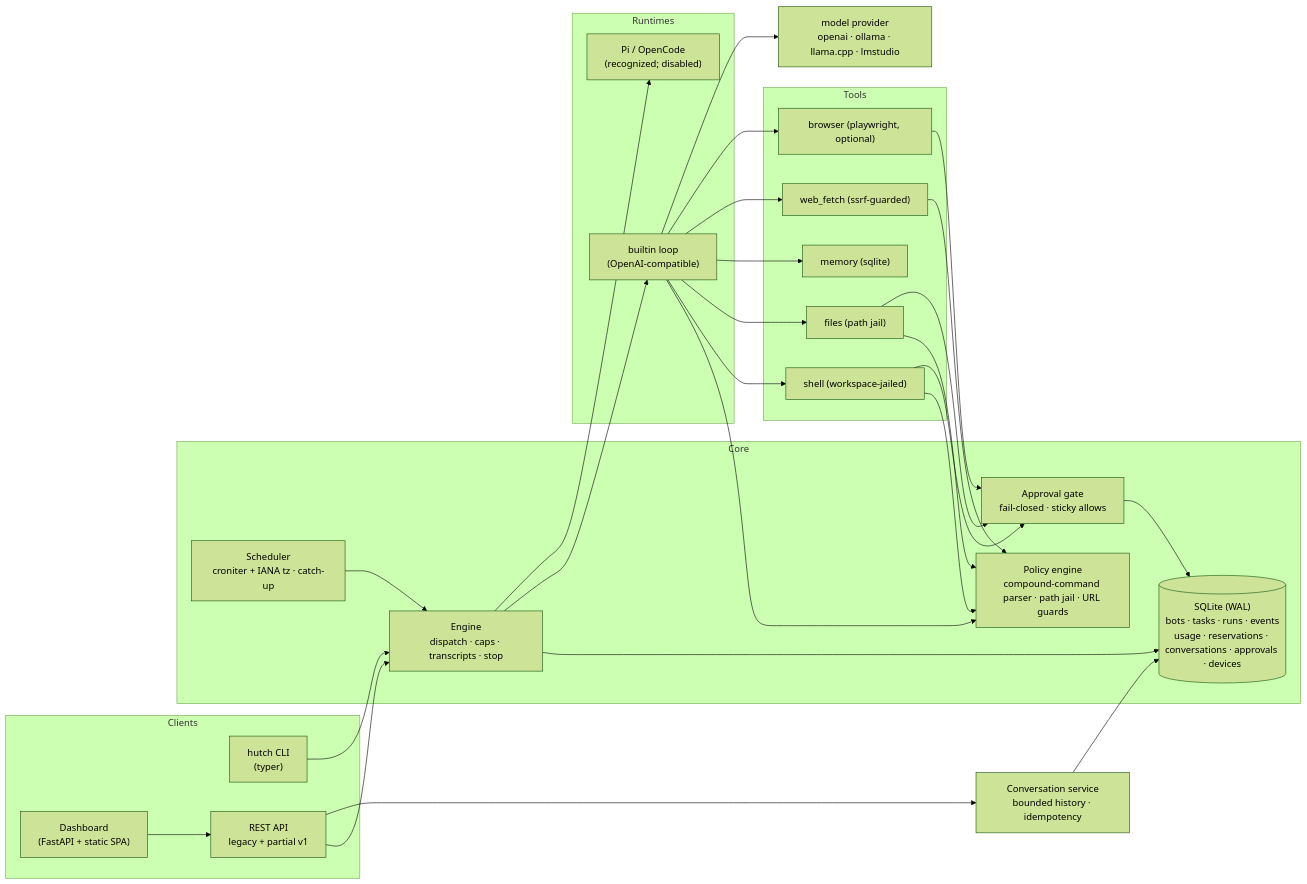
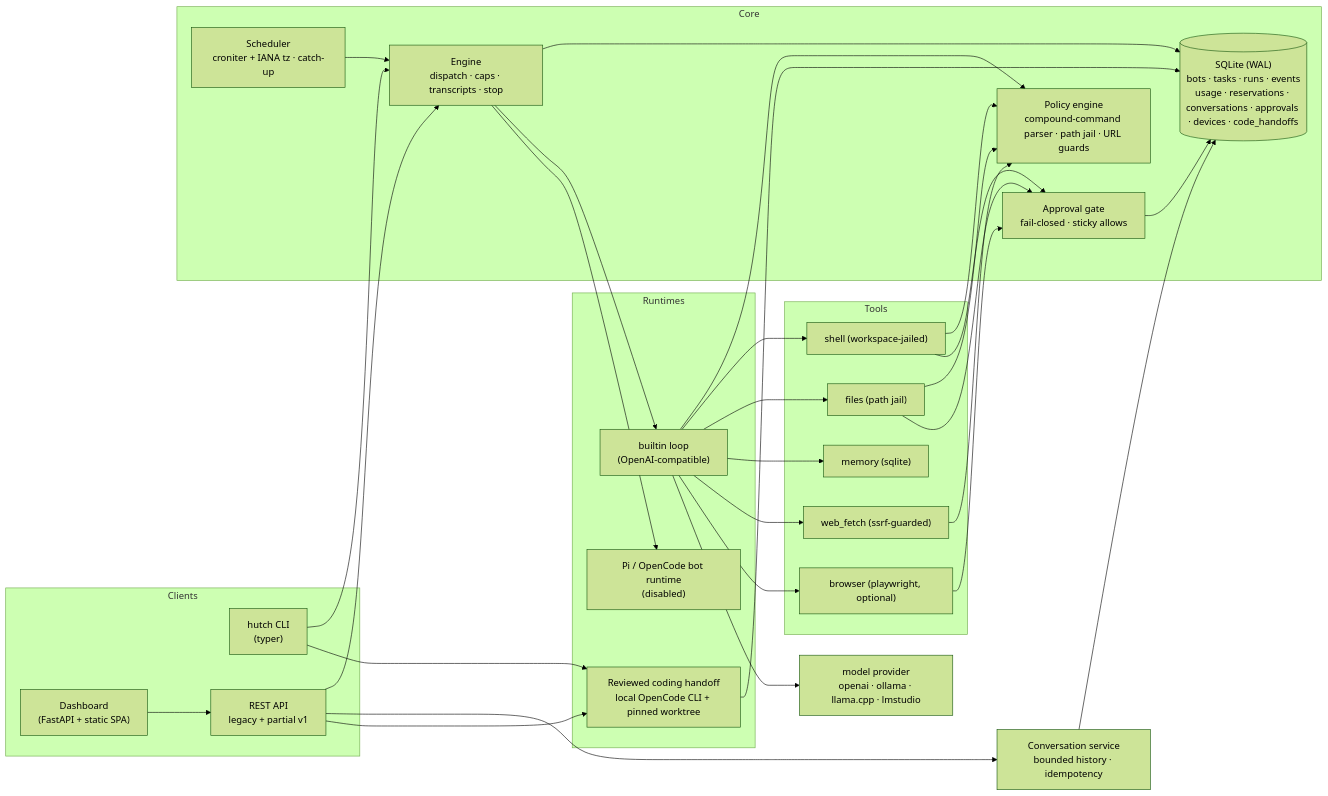
Before and after one commit to K-Arthur/hutch: the diagram in docs/architecture.md, drawn with Mermaid (forest theme). The commit also changed other lines of this file and 19 other files, not shown here.

Commit message:
docs: align OpenCode handoff contracts and main design guidance

````diff
--- a/docs/architecture.md
+++ b/docs/architecture.md
@@ -29,44 +29,48 @@
 ```mermaid
 flowchart LR
   subgraph Clients
     CLI["hutch CLI<br/>(typer)"]
     UI["Dashboard<br/>(FastAPI + static SPA)"]
     API["REST API<br/>legacy + partial v1"]
   end
 
   subgraph Core
     ENG["Engine<br/>dispatch · caps · transcripts · stop"]
     SCH["Scheduler<br/>croniter + IANA tz · catch-up"]
-    SCHED_STORE[("SQLite (WAL)<br/>bots · tasks · runs · events<br/>usage · reservations · conversations · approvals · devices")]
+    SCHED_STORE[("SQLite (WAL)<br/>bots · tasks · runs · events<br/>usage · reservations · conversations · approvals · devices · code_handoffs")]
     POL["Policy engine<br/>compound-command parser · path jail · URL guards"]
     GATE["Approval gate<br/>fail-closed · sticky allows"]
   end
 
   subgraph Runtimes
     BUILTIN["builtin loop<br/>(OpenAI-compatible)"]
-    EXT["Pi / OpenCode<br/>(recognized; disabled)"]
+    EXT["Pi / OpenCode bot runtime<br/>(disabled)"]
+    CODE["Reviewed coding handoff<br/>local OpenCode CLI + pinned worktree"]
   end
 
   subgraph Tools
     SH["shell (workspace-jailed)"]
     FI["files (path jail)"]
     ME["memory (sqlite)"]
     WF["web_fetch (ssrf-guarded)"]
     BR["browser (playwright, optional)"]
   end
 
   CLI --> ENG
+  CLI --> CODE
   UI --> API
   API --> ENG
   API --> CONV["Conversation service<br/>bounded history · idempotency"]
   CONV --> SCHED_STORE
   SCH --> ENG
   ENG --> SCHED_STORE
   ENG --> BUILTIN & EXT
   BUILTIN --> POL
   BUILTIN --> SH & FI & ME & WF & BR
   SH & FI & WF --> POL
   SH & FI & BR --> GATE
   GATE --> SCHED_STORE
   BUILTIN --> LLM["model provider<br/>openai · ollama · llama.cpp · lmstudio"]
+  API --> CODE
+  CODE --> SCHED_STORE
 ```
````
